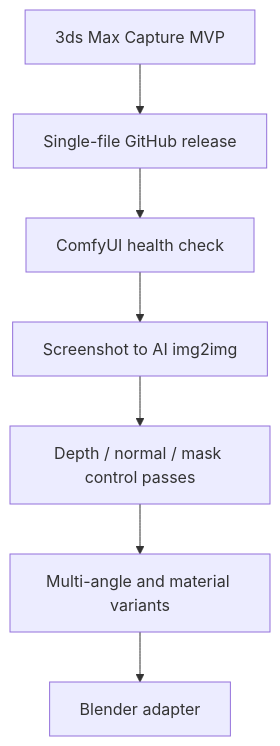
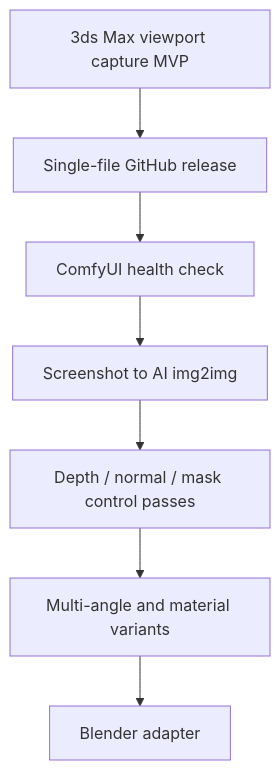
The diagram in README.md (cp199712138-design/dcc-capture-bridge), drawn with Mermaid before and after one commit. The commit also changed other lines of this file, not shown here.

Commit message:
Clarify capture-first product logic

````diff
--- a/README.md
+++ b/README.md
@@ -45,9 +63,9 @@
 ```mermaid
 flowchart TD
-    A[3ds Max Capture MVP] --> B[Single-file GitHub release]
+    A[3ds Max viewport capture MVP] --> B[Single-file GitHub release]
     B --> C[ComfyUI health check]
     C --> D[Screenshot to AI img2img]
     D --> E[Depth / normal / mask control passes]
     E --> F[Multi-angle and material variants]
     F --> G[Blender adapter]
 ```
````
